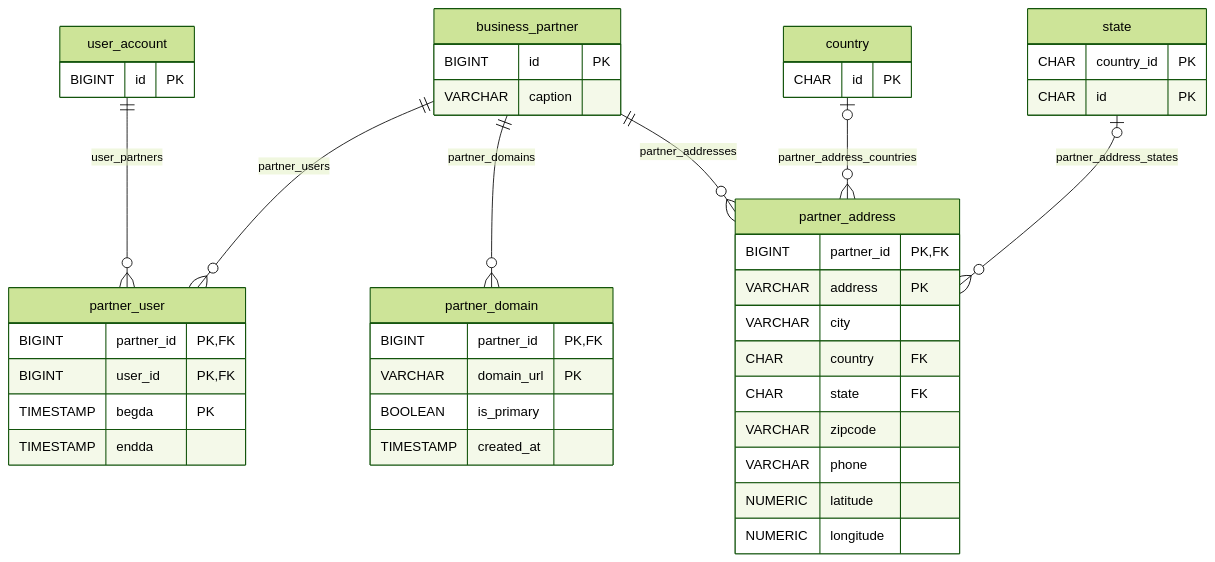
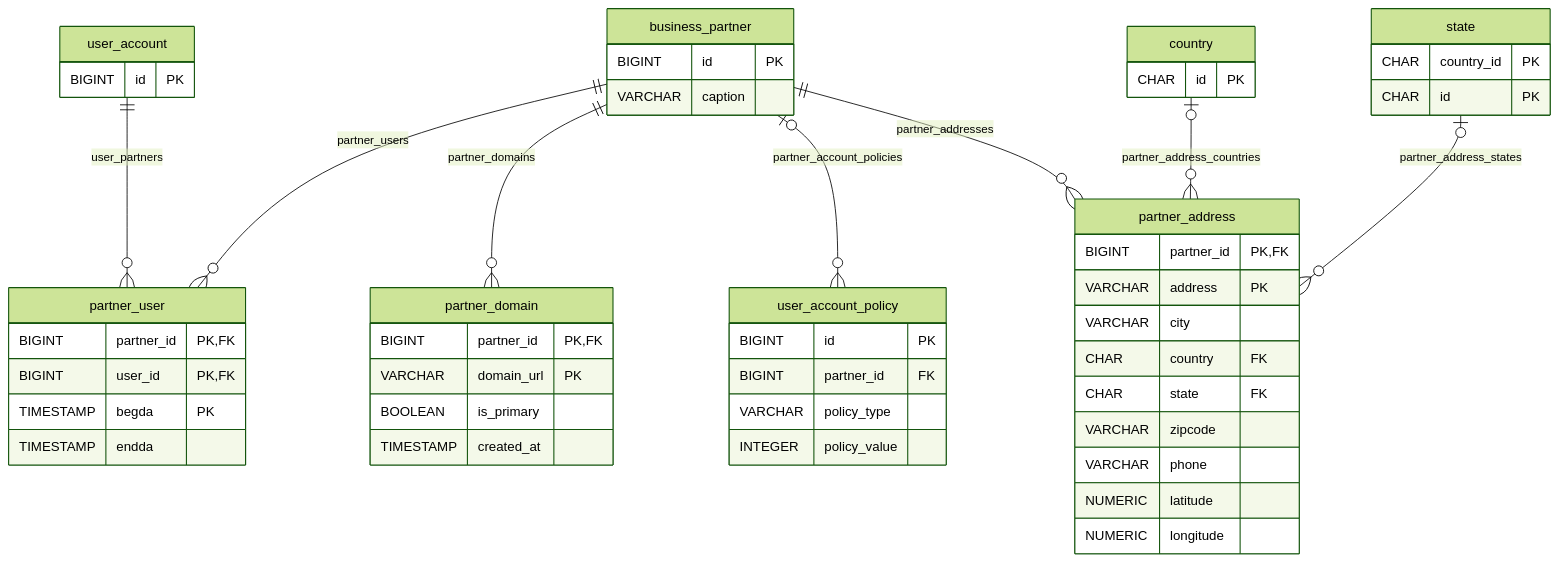
The tenth of 20 diagrams in DB.md (nauticana/keel), drawn with Mermaid (forest theme) before and after one commit. The commit also changed other lines of this file and 52 other files, not shown here.

Commit message:
Partner sign-in policy, required SSO, session lifetime, approval expiry, client grants

````diff
--- a/DB.md
+++ b/DB.md
@@ -636,47 +636,54 @@
 ```mermaid
 erDiagram
     business_partner ||--o{ partner_user : "partner_users"
     business_partner ||--o{ partner_domain : "partner_domains"
+    business_partner o|--o{ user_account_policy : "partner_account_policies"
     business_partner ||--o{ partner_address : "partner_addresses"
     user_account ||--o{ partner_user : "user_partners"
     country o|--o{ partner_address : "partner_address_countries"
     state o|--o{ partner_address : "partner_address_states"
 
     business_partner {
         BIGINT id PK
         VARCHAR caption
     }
     partner_user {
         BIGINT partner_id PK,FK
         BIGINT user_id PK,FK
         TIMESTAMP begda PK
         TIMESTAMP endda
     }
     partner_address {
         BIGINT partner_id PK,FK
         VARCHAR address PK
         VARCHAR city
         CHAR country FK
         CHAR state FK
         VARCHAR zipcode
         VARCHAR phone
         NUMERIC latitude
         NUMERIC longitude
     }
+    user_account_policy {
+        BIGINT id PK
+        BIGINT partner_id FK
+        VARCHAR policy_type
+        INTEGER policy_value
+    }
     partner_domain {
         BIGINT partner_id PK,FK
         VARCHAR domain_url PK
         BOOLEAN is_primary
         TIMESTAMP created_at
     }
     user_account {
         BIGINT id PK
     }
     country {
         CHAR id PK
     }
     state {
         CHAR country_id PK
         CHAR id PK
     }
 ```
````
